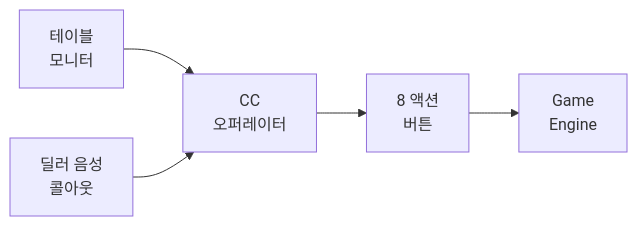
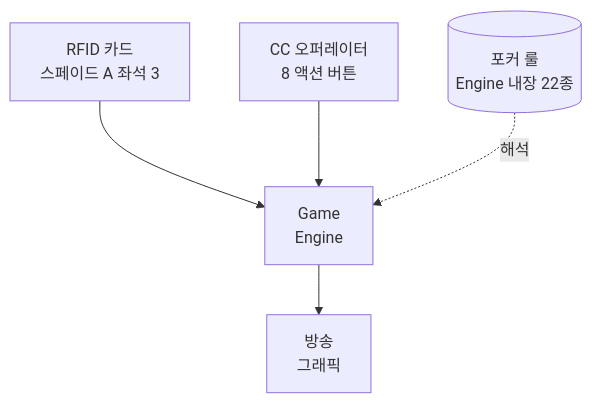
The second of 18 diagrams in docs/1. Product/Foundation.md (garimto81/ebs_github), drawn with Mermaid before and after one commit. The commit also changed other lines of this file and 2 other files, not shown here.

Commit message:
docs(foundation): v4.0 Graphic Novel Edition 본문 교체 (Foundation_redesign 통합)

````diff
--- a/docs/1. Product/Foundation.md
+++ b/docs/1. Product/Foundation.md
@@ -260,7 +134,7 @@
 ```mermaid
-flowchart LR
-    M["테이블<br/>모니터"] --> Op["CC<br/>오퍼레이터"]
-    D["딜러 음성<br/>콜아웃"] --> Op
-    Op --> Btn["8 액션<br/>버튼"]
-    Btn --> Eng["Game<br/>Engine"]
+flowchart TD
+    R[RFID 카드<br/>스페이드 A 좌석 3] --> Eng[Game<br/>Engine]
+    C[CC 오퍼레이터<br/>8 액션 버튼] --> Eng
+    Rule[(포커 룰<br/>Engine 내장 22종)] -.해석.-> Eng
+    Eng --> Out[방송<br/>그래픽]
 ```
````
